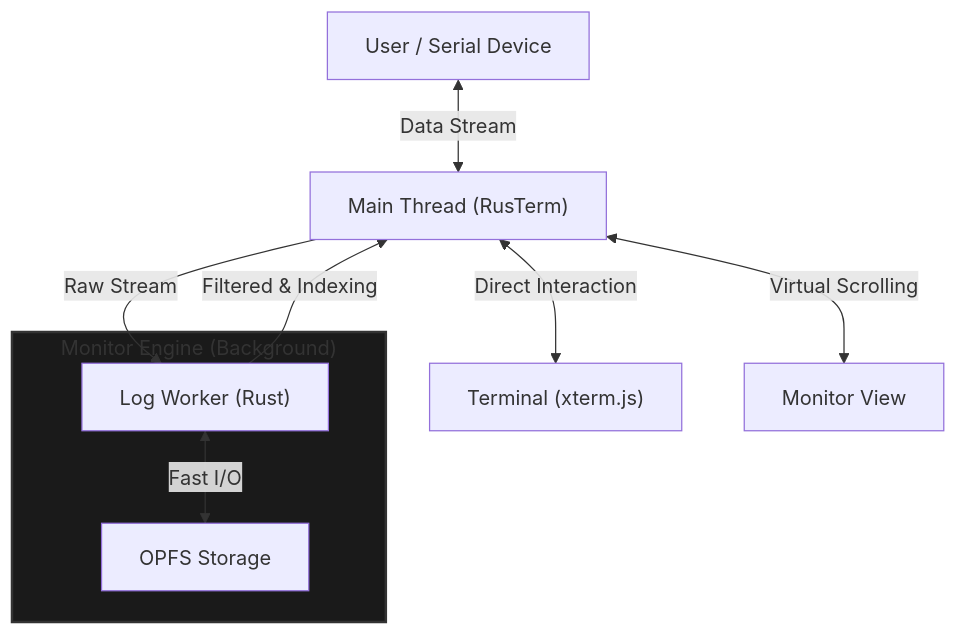
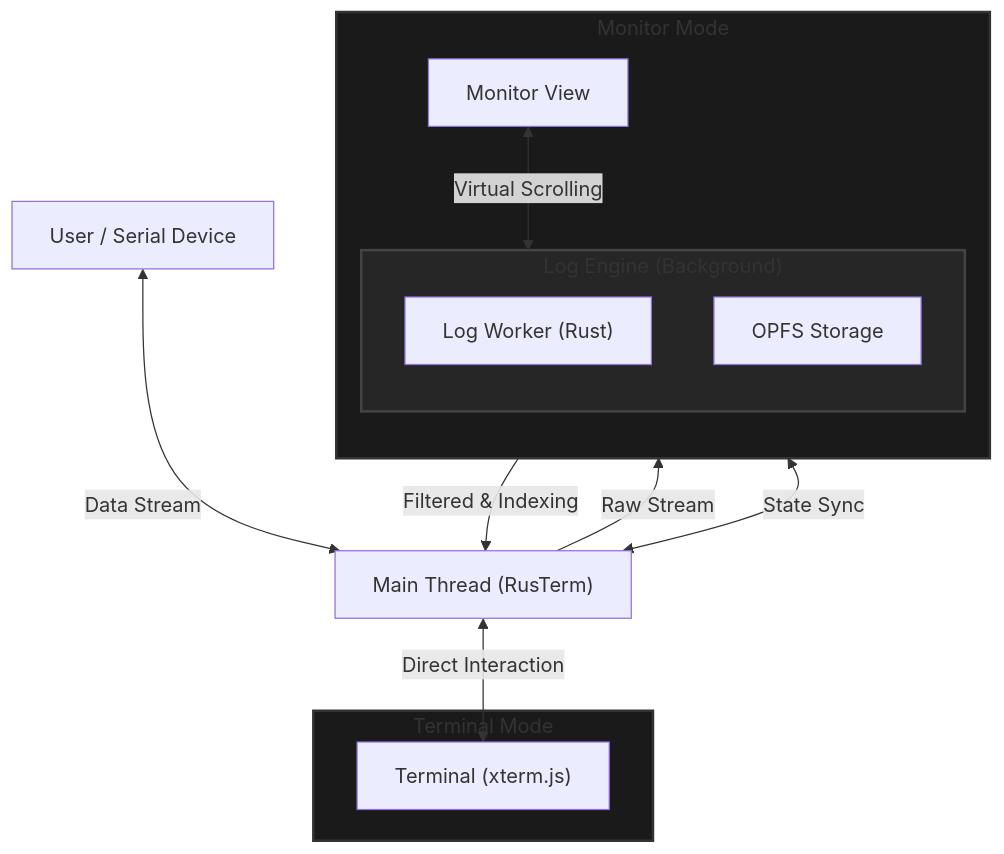
One commit to imwoo90/RusTerm changed the diagram in README.md. Above: the diagram before and after it, drawn with Mermaid. The commit also changed other lines of this file, not shown here.

Commit message:
feat: Update README architecture diagram to clarify terminal and monitor modes.

````diff
--- a/README.md
+++ b/README.md
@@ -62,20 +62,31 @@
 ```mermaid
 graph TD
     User["User / Serial Device"] <-->|Data Stream| Main["Main Thread (RusTerm)"]
     
-    %% Terminal Path
-    Main <-->|Direct Interaction| Xterm["Terminal (xterm.js)"]
+    %% Terminal Mode
+    subgraph Terminal_Mode ["Terminal Mode"]
+        Xterm["Terminal (xterm.js)"]
+    end
+    Main <-->|Direct Interaction| Xterm
 
-    %% Monitor Engine Path
-    subgraph Monitor_Engine ["Monitor Engine (Background)"]
-        Worker["Log Worker (Rust)"]
-        OPFS["OPFS Storage"]
+    %% Monitor Mode
+    subgraph Monitor_Mode ["Monitor Mode"]
+        direction TB
+        Monitor_View["Monitor View"]
+        
+        subgraph Monitor_Engine ["Log Engine (Background)"]
+            Worker["Log Worker (Rust)"]
+            OPFS["OPFS Storage"]
+        end
+        
+        Monitor_View <-->|Virtual Scrolling| Monitor_Engine
     end
 
     Main -->|Raw Stream| Worker
-    Worker <-->|Fast I/O| OPFS
     Worker -->|Filtered & Indexing| Main
-    Main <-->|Virtual Scrolling| Monitor["Monitor View"]
+    Main <-->|State Sync| Monitor_View
 
-    style Monitor_Engine fill:#1a1a1a,stroke:#333,stroke-width:2px
+    style Monitor_Mode fill:#1a1a1a,stroke:#333,stroke-width:2px
+    style Monitor_Engine fill:#262626,stroke:#444,stroke-width:2px
+    style Terminal_Mode fill:#1a1a1a,stroke:#333,stroke-width:2px
 ```
````
